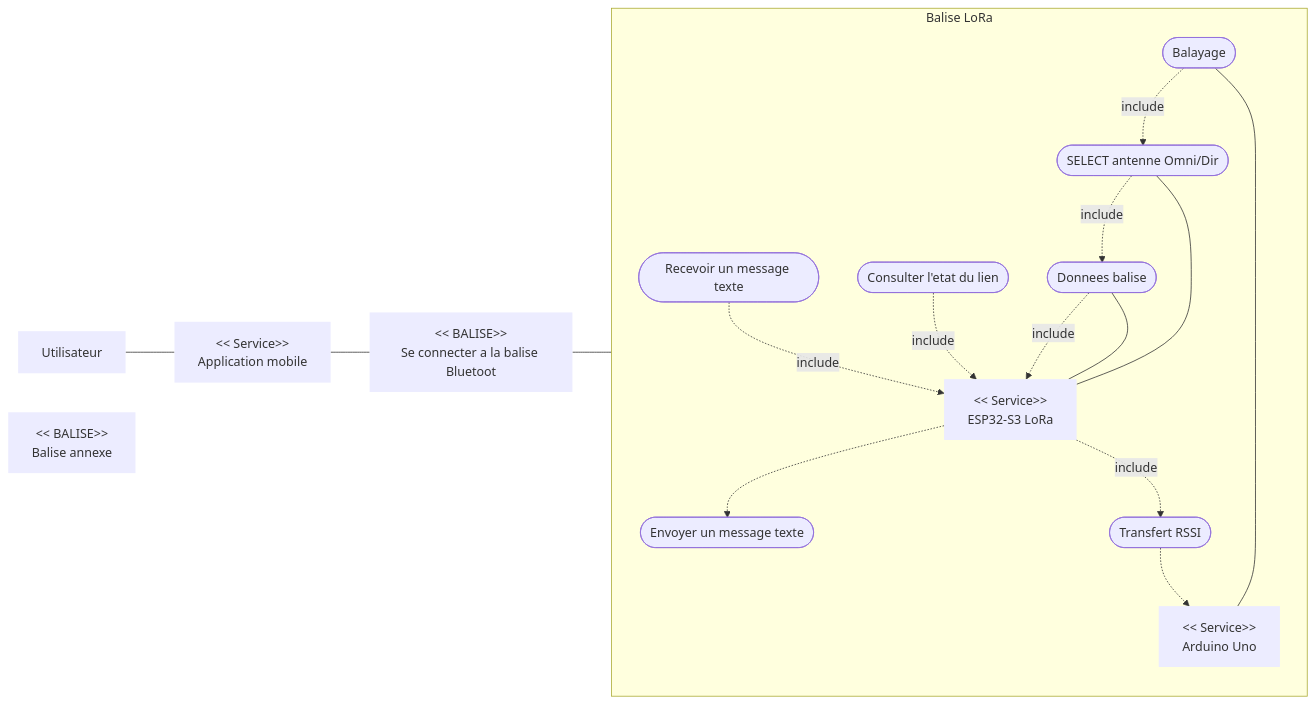
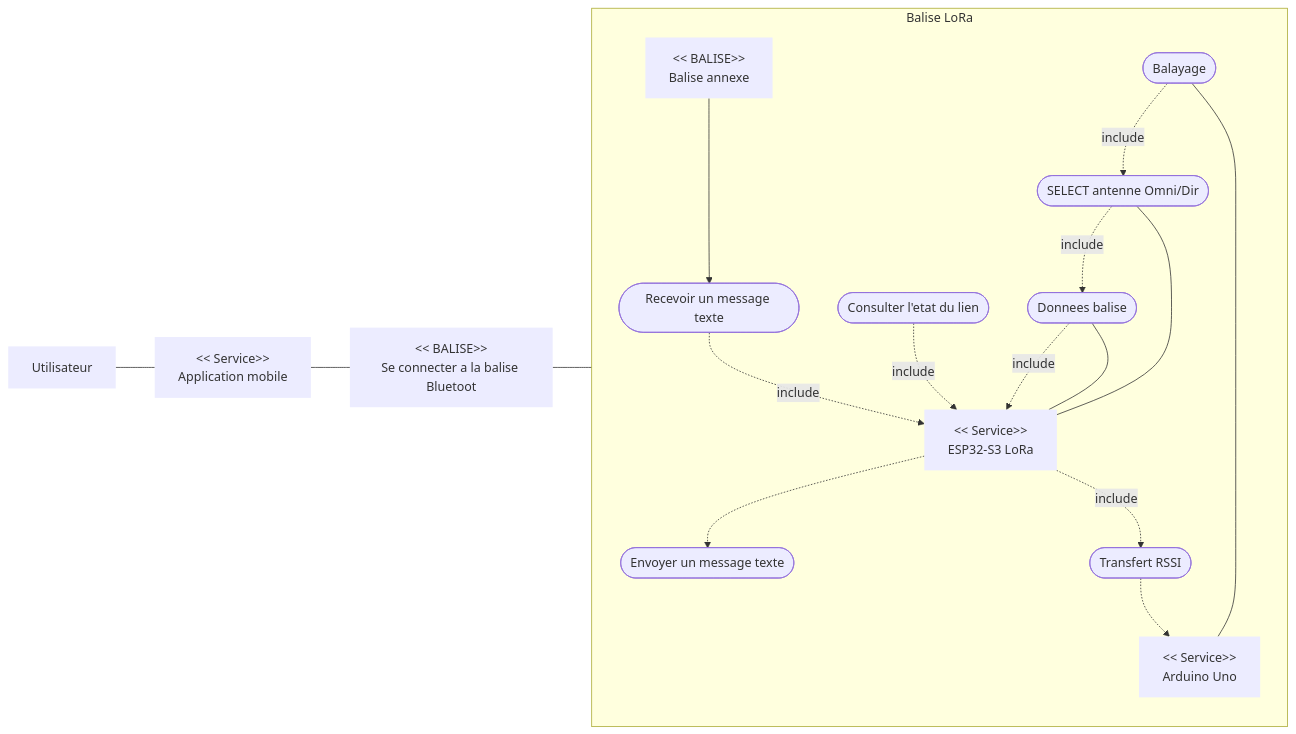
The first of 7 diagrams in Diagrammes_SysML_Projet_LoRa.md (SHU445/Projet-LoRa-72h), drawn with Mermaid before and after one commit.

Commit message:
"CorrectUseCase3.10"

````diff
--- a/Diagrammes_SysML_Projet_LoRa.md
+++ b/Diagrammes_SysML_Projet_LoRa.md
@@ -12,40 +12,41 @@
 ```mermaid
 flowchart LR
   rU["Utilisateur"]:::role
   rAPP["<< Service>>\nApplication mobile"]:::role
   rESP["<< Service>>\nESP32-S3 LoRa"]:::role
   rARD["<< Service>>\nArduino Uno"]:::role
   rCONN["<< BALISE>>\nSe connecter a la balise Bluetoot"]:::role
 
   rOTB["<< BALISE>>\nBalise annexe"]:::role
 
   subgraph S["Balise LoRa"]
     direction TB
     ucSend([Envoyer un message texte])
     ucReceive([Recevoir un message texte])
     ucStatus([Consulter l'etat du lien])
     ucData([Donnees balise])
     ucSelectAntenna([SELECT antenne Omni/Dir])
     ucScan([Balayage])
     ucRssi([Transfert RSSI])
 
     rESP .-> ucSend
     ucReceive -. include .-> rESP
     ucStatus -. include .-> rESP
     ucData -. include .-> rESP
     ucSelectAntenna -. include .-> ucData
     ucScan -. include .-> ucSelectAntenna
     rESP -. include .-> ucRssi .-> rARD
+    rOTB ---> ucReceive
   end
 
   rU --- rAPP
   rAPP --- rCONN
   rCONN --- rESP
 
   ucData --- rESP
   ucSelectAntenna --- rESP
 
   ucScan --- rARD
 
   classDef role stroke-width:0px;
 ```
````
